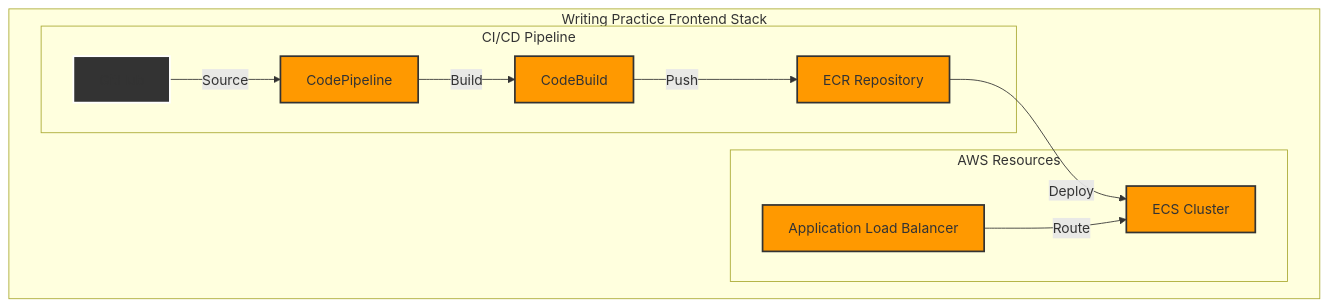
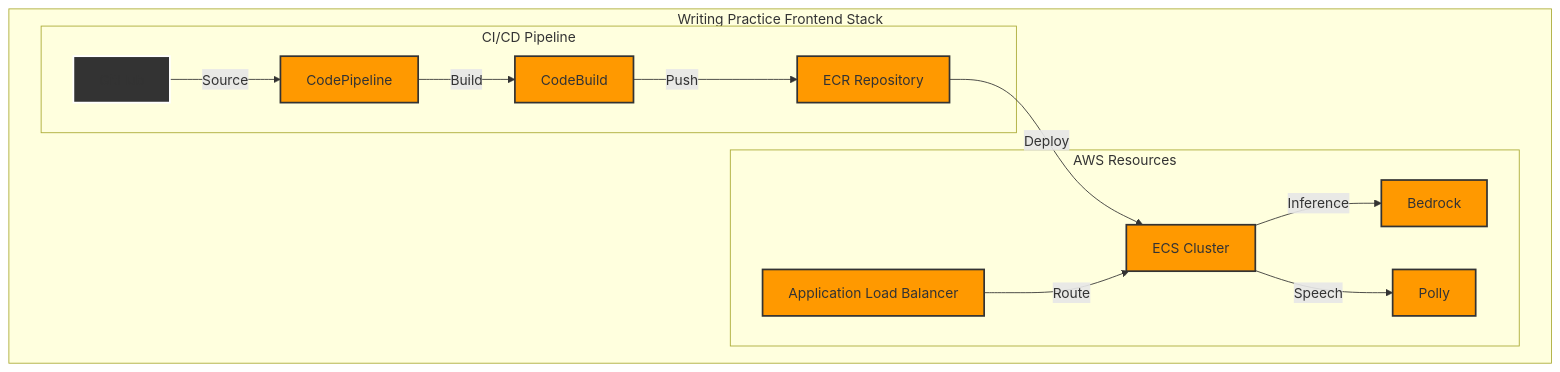
The eighth of 12 diagrams in aws/AWS-Tech-Specs-v3.md (danielwohlgemuth/free-genai-bootcamp-2025), drawn with Mermaid before and after one commit. The commit also changed other lines of this file, not shown here.

````diff
--- a/aws/AWS-Tech-Specs-v3.md
+++ b/aws/AWS-Tech-Specs-v3.md
@@ -292,28 +310,34 @@
 ```mermaid
 graph TB
     subgraph WritingPracticeFrontendStack[Writing Practice Frontend Stack]
         subgraph AWSResources[AWS Resources]
             ECS[ECS Cluster]
             ALB[Application Load Balancer]
+            BDR[Bedrock]
+            PLY[Polly]
             style ECS fill:#FF9900,stroke:#333,stroke-width:2px,color:#333
             style ALB fill:#FF9900,stroke:#333,stroke-width:2px,color:#333
+            style BDR fill:#FF9900,stroke:#333,stroke-width:2px,color:#333
+            style PLY fill:#FF9900,stroke:#333,stroke-width:2px,color:#333
         end
         
         subgraph CICDPipeline[CI/CD Pipeline]
             GH[GitHub]
             CP[CodePipeline]
             CB[CodeBuild]
             ECR[ECR Repository]
             style GH fill:#333,stroke:#fff,stroke-width:2px
             style CP fill:#FF9900,stroke:#333,stroke-width:2px,color:#333
             style CB fill:#FF9900,stroke:#333,stroke-width:2px,color:#333
             style ECR fill:#FF9900,stroke:#333,stroke-width:2px,color:#333
         end
     end
     
     GH -->|Source| CP
     CP -->|Build| CB
     CB -->|Push| ECR
     ECR -->|Deploy| ECS
     ALB -->|Route| ECS
+    ECS -->|Inference| BDR
+    ECS -->|Speech| PLY
 ```
````
